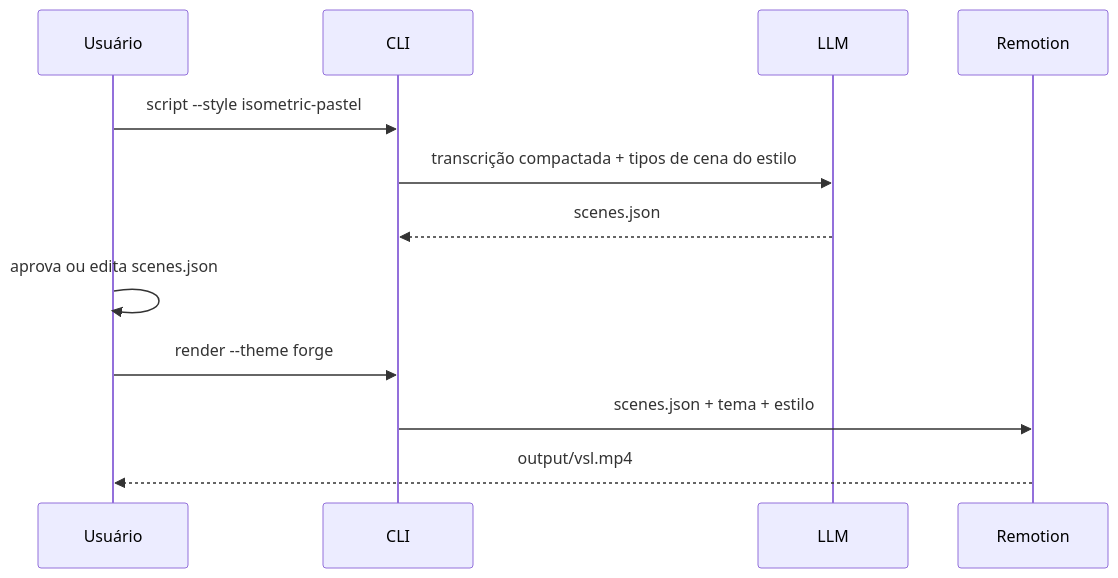
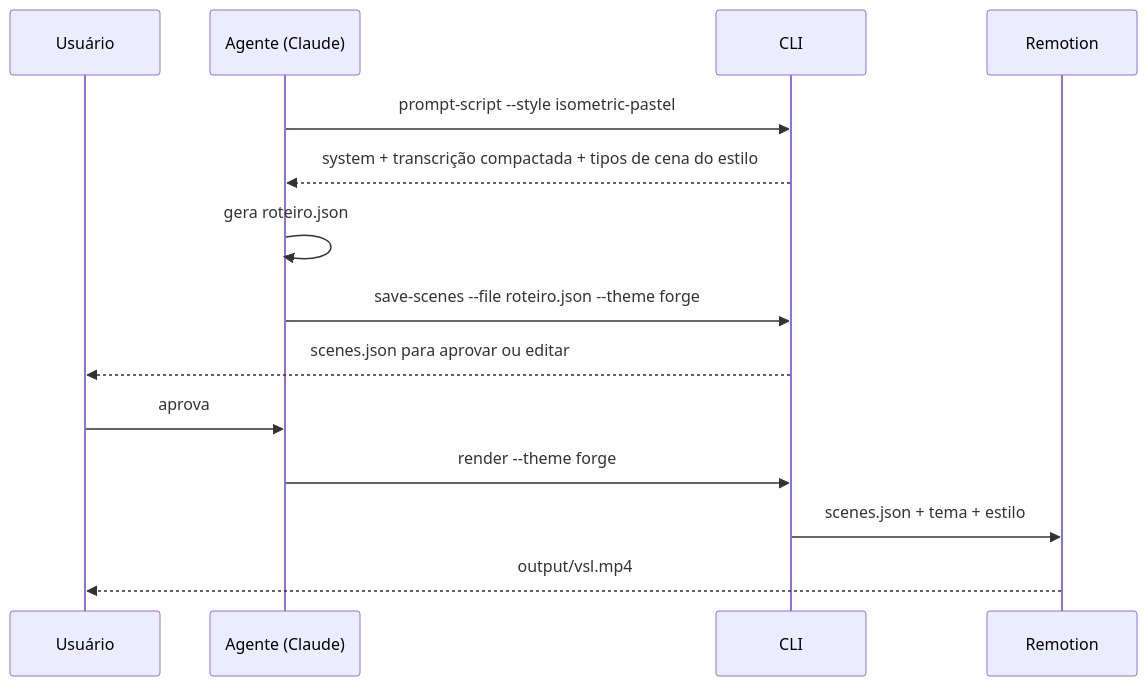
One commit to nathanramorim/reel-studio changed the second of 2 diagrams in sdd/spec/flows.md. Above: the diagram before and after it, drawn with Mermaid. The commit also changed other lines of this file and 19 other files, not shown here.

First line of the commit message:
feat: gerar cortes e roteiro pelo agente, sem OpenRouter dentro do Claude Code

````diff
--- a/sdd/spec/flows.md
+++ b/sdd/spec/flows.md
@@ -20,14 +22,16 @@
 ```mermaid
 sequenceDiagram
   participant U as Usuário
+  participant A as Agente (Claude)
   participant C as CLI
-  participant L as LLM
   participant R as Remotion
-  U->>C: script --style isometric-pastel
-  C->>L: transcrição compactada + tipos de cena do estilo
-  L-->>C: scenes.json
-  U->>U: aprova ou edita scenes.json
-  U->>C: render --theme forge
+  A->>C: prompt-script --style isometric-pastel
+  C-->>A: system + transcrição compactada + tipos de cena do estilo
+  A->>A: gera roteiro.json
+  A->>C: save-scenes --file roteiro.json --theme forge
+  C-->>U: scenes.json para aprovar ou editar
+  U->>A: aprova
+  A->>C: render --theme forge
   C->>R: scenes.json + tema + estilo
   R-->>U: output/vsl.mp4
 ```
````
